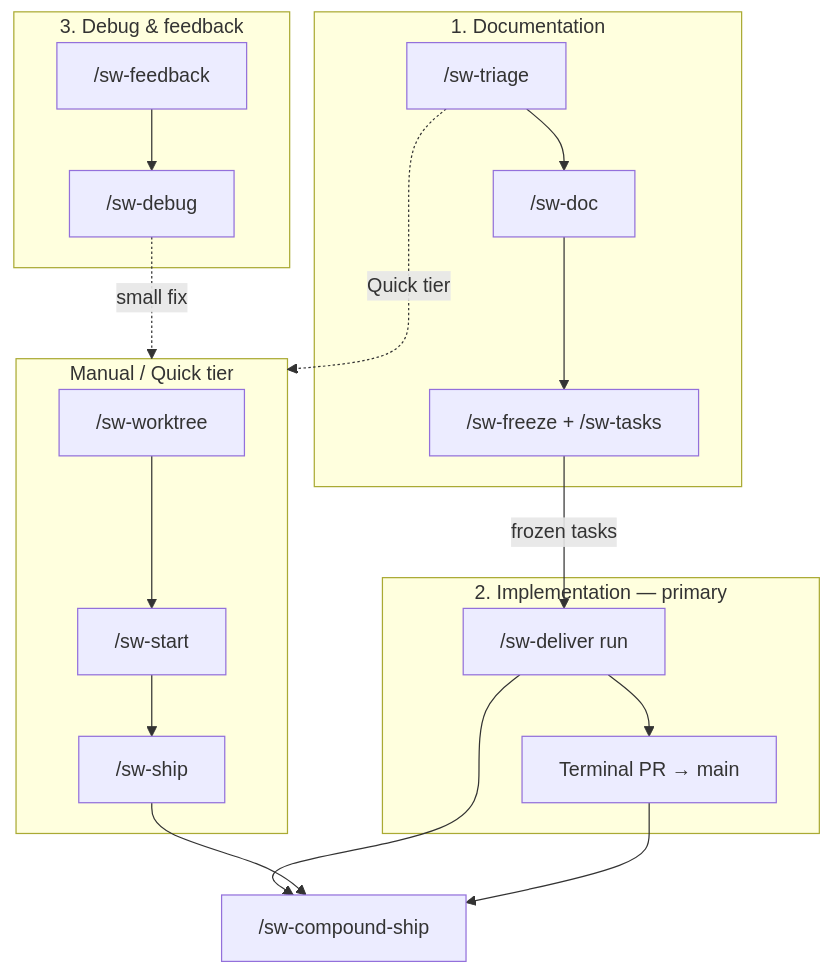
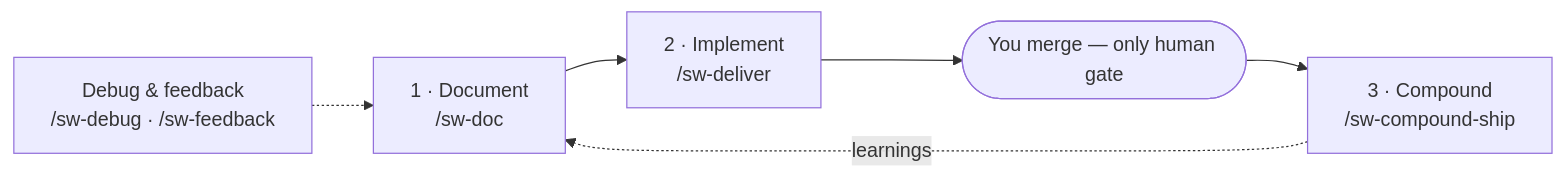
Before and after one commit to grdavies/shipwright: the diagram in README.md, drawn with Mermaid. The commit also changed other lines of this file and 7 other files, not shown here.

````diff
--- a/README.md
+++ b/README.md
@@ -243,24 +17,8 @@
 ```mermaid
-flowchart TB
-  subgraph doc["1. Documentation"]
-    T["/sw-triage"] --> D["/sw-doc"]
-    D --> FZ["/sw-freeze + /sw-tasks"]
-  end
-  subgraph ship["2. Implementation — primary"]
-    DEL["/sw-deliver run"]
-    DEL --> TM["Terminal PR → main"]
-  end
-  subgraph manual["Manual / Quick tier"]
-    WT["/sw-worktree"] --> ST["/sw-start"]
-    ST --> SH["/sw-ship"]
-  end
-  subgraph ops["3. Debug & feedback"]
-    FB["/sw-feedback"] --> DB["/sw-debug"]
-  end
-  FZ -->|frozen tasks| DEL
-  T -.->|Quick tier| manual
-  DB -.->|small fix| manual
-  DEL --> CM["/sw-compound-ship"]
-  SH --> CM
-  TM --> CM
+flowchart LR
+  DOC["1 · Document<br/>/sw-doc"] --> SHIP["2 · Implement<br/>/sw-deliver"]
+  SHIP --> MERGE([You merge — only human gate])
+  MERGE --> COMPOUND["3 · Compound<br/>/sw-compound-ship"]
+  OPS["Debug & feedback<br/>/sw-debug · /sw-feedback"] -.-> DOC
+  COMPOUND -.->|learnings| DOC
 ```
````
